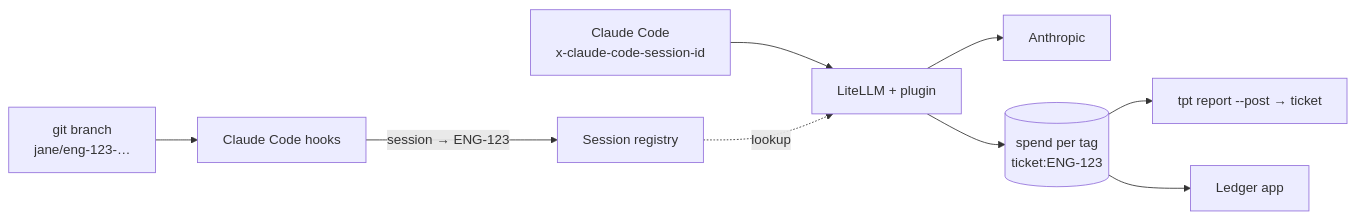
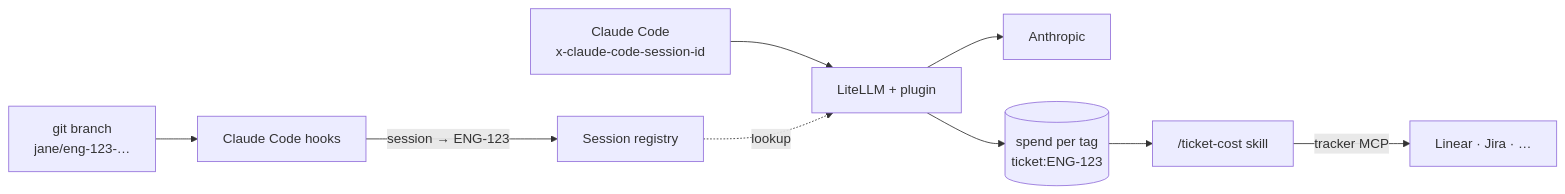
Before and after one commit to mostafa-drz/tokens-per-ticket: the diagram in README.md, drawn with Mermaid. The commit also changed other lines of this file, not shown here.

````diff
--- a/README.md
+++ b/README.md
@@ -38,11 +34,11 @@
 ```mermaid
 flowchart LR
   B["git branch<br/>jane/eng-123-…"] --> H["Claude Code hooks"]
   H -->|"session → ENG-123"| RG["Session registry"]
   C["Claude Code<br/>x-claude-code-session-id"] --> G["LiteLLM + plugin"]
   RG -.->|"lookup"| G
   G --> P["Anthropic"]
   G --> D[("spend per tag<br/>ticket:ENG-123")]
-  D --> R["tpt report --post → ticket"]
-  D --> L["Ledger app"]
+  D --> S["/ticket-cost skill"]
+  S -->|"tracker MCP"| T["Linear · Jira · …"]
 ```
````
